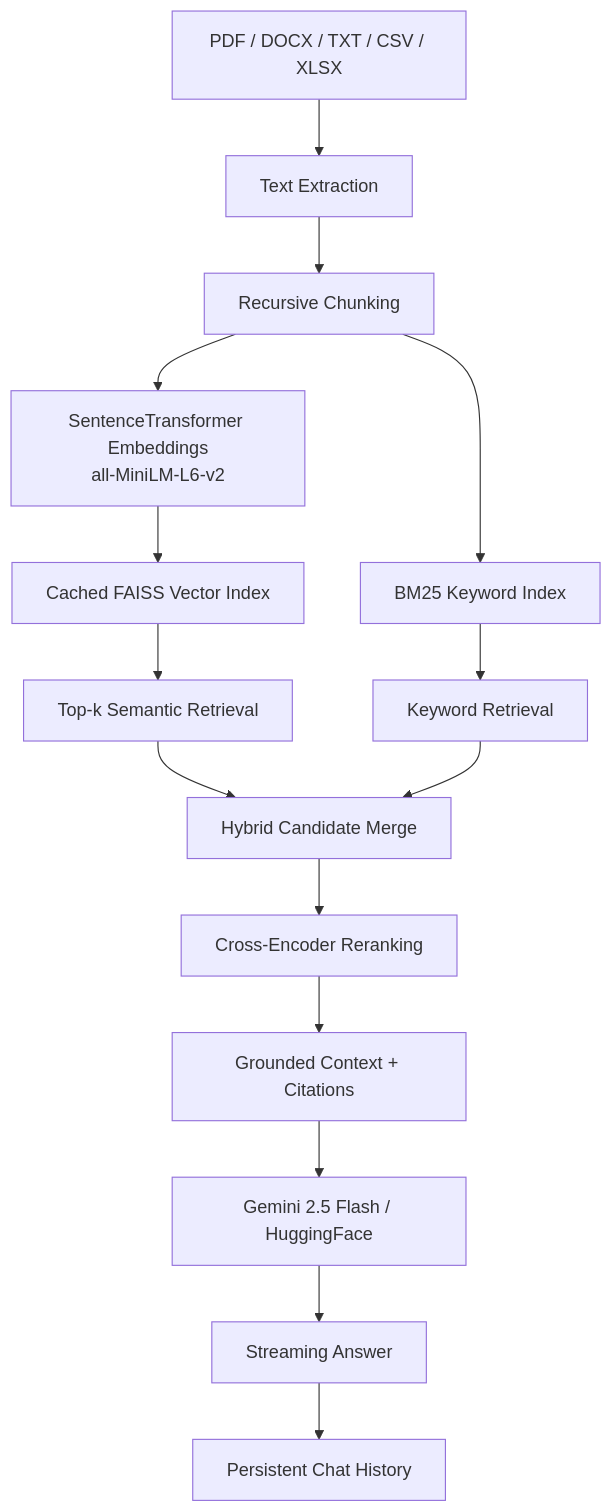
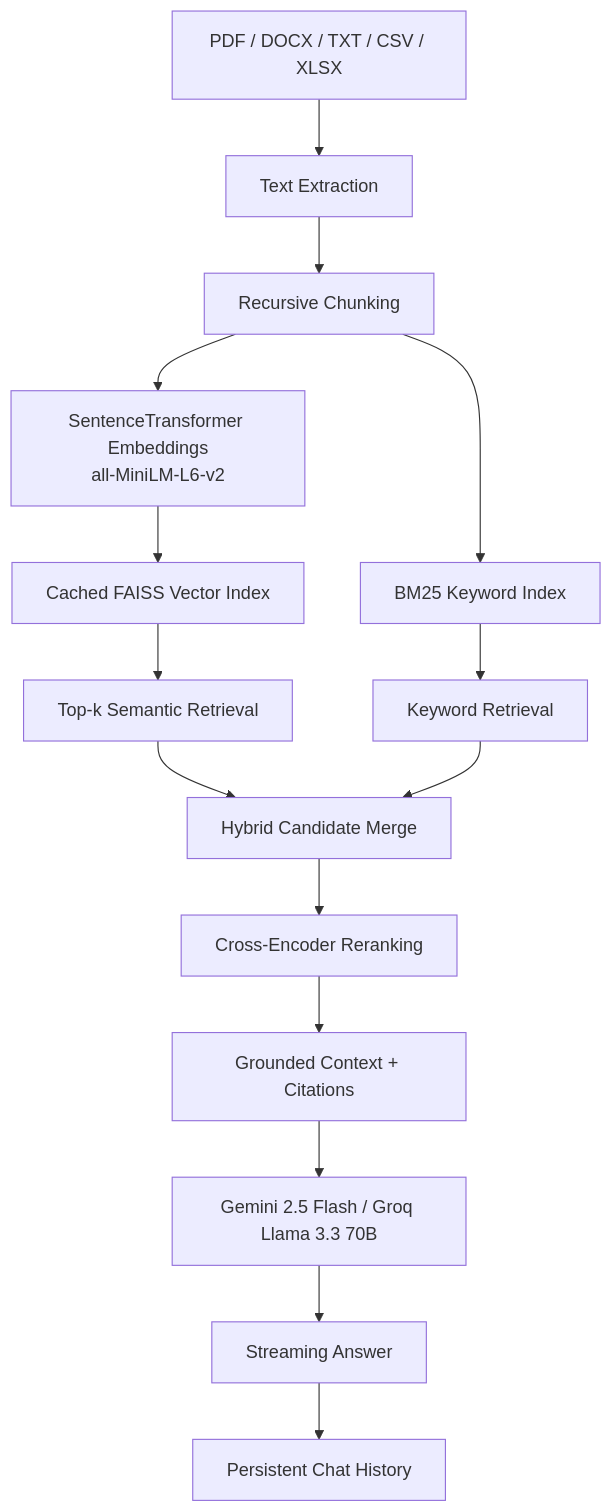
The diagram in README.md (nsanjayrao/free-rag-chatbot), drawn with Mermaid before and after one commit. The commit also changed other lines of this file and 3 other files, not shown here.

First line of the commit message:
feat: replace HuggingFace with Groq (Llama 3.3 70B) as free fallback provider

```diff
--- a/README.md
+++ b/README.md
@@ -28,17 +28,17 @@
 ~~~mermaid
 flowchart TD
     A[PDF / DOCX / TXT / CSV / XLSX] --> B[Text Extraction]
     B --> C[Recursive Chunking]
     C --> D[SentenceTransformer Embeddings<br/>all-MiniLM-L6-v2]
     D --> E[Cached FAISS Vector Index]
     C --> F[BM25 Keyword Index]
     E --> G[Top-k Semantic Retrieval]
     F --> H[Keyword Retrieval]
     G --> I[Hybrid Candidate Merge]
     H --> I
     I --> J[Cross-Encoder Reranking]
     J --> K[Grounded Context + Citations]
-    K --> L[Gemini 2.5 Flash / HuggingFace]
+    K --> L[Gemini 2.5 Flash / Groq Llama 3.3 70B]
     L --> M[Streaming Answer]
     M --> N[Persistent Chat History]
 ~~~
```
